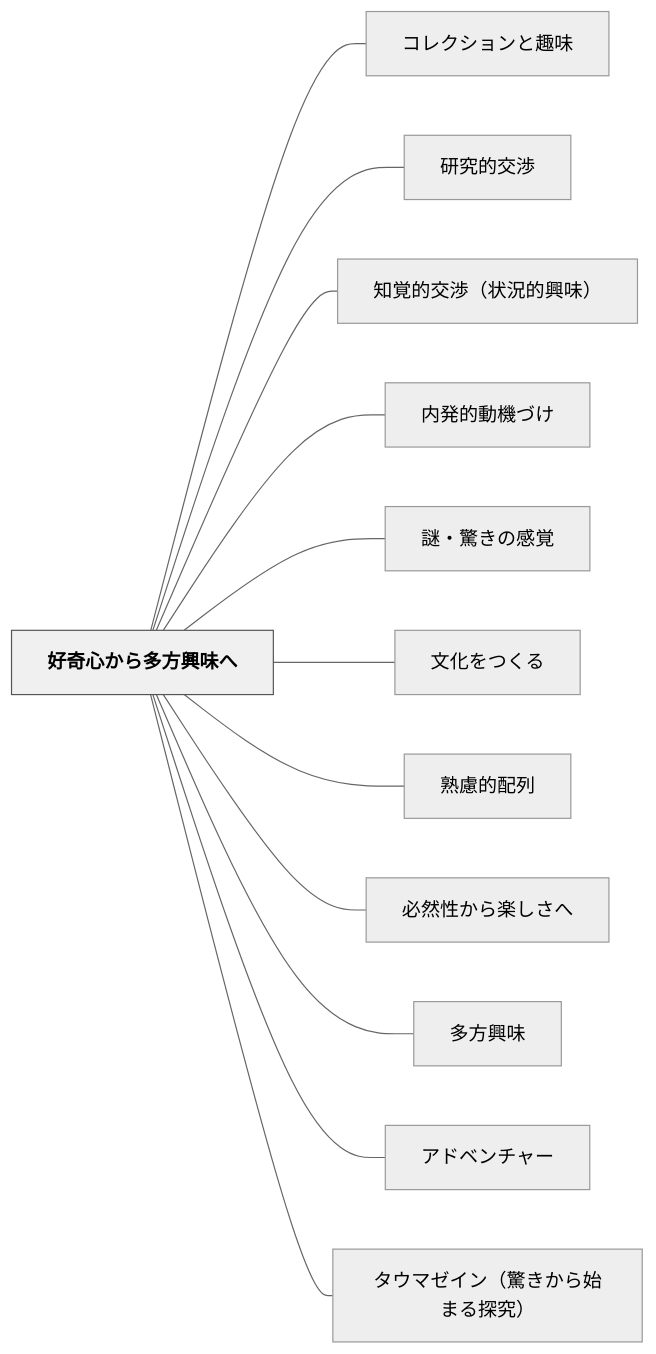
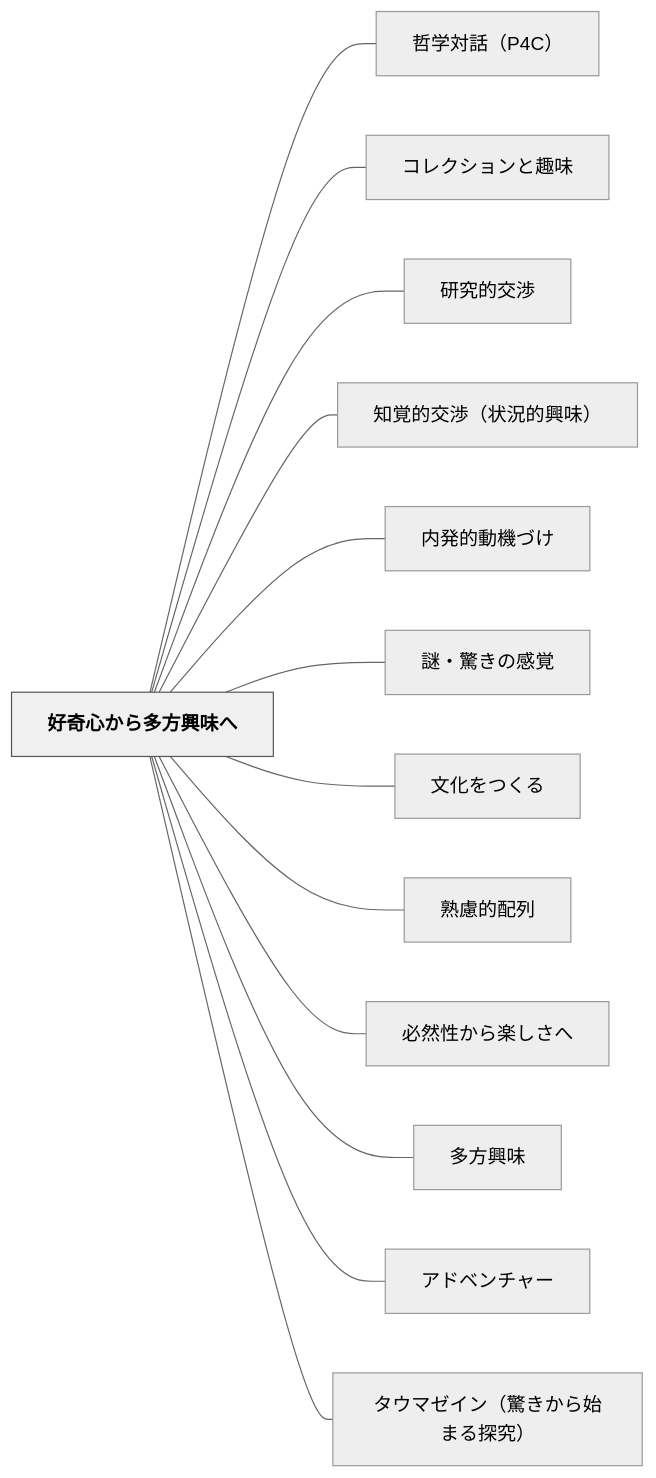
Before and after one commit to unknownthings-ed-patterns/unknownthings-ed-patterns: the diagram in content/パタン/好奇心から多方興味へ.md, drawn with Mermaid (neutral theme). The commit also changed other lines of this file and 185 other files, not shown here.

````diff
--- a/content/パタン/好奇心から多方興味へ.md
+++ b/content/パタン/好奇心から多方興味へ.md
@@ -74,30 +74,32 @@
 ```mermaid
 flowchart LR
     ne5a5bde5a587e5bf83e3818be38289e5a49ae696b9e88888e591b3e381b8["好奇心から多方興味へ"]
+    ne593b2e5ada6e5afbee8a9b1efbc88503443efbc89["哲学対話（P4C）"]
     ne382b3e383ace382afe382b7e383a7e383b3e381a8e8b6a3e591b3["コレクションと趣味"]
     ne7a094e7a9b6e79a84e4baa4e6b889["研究的交渉"]
     ne79fa5e8a69ae79a84e4baa4e6b889efbc88e78ab6e6b381e79a84e88888e591b3efbc89["知覚的交渉（状況的興味）"]
     ne58685e799bae79a84e58b95e6a99fe381a5e38191["内発的動機づけ"]
     ne8ac8ee383bbe9a99ae3818de381aee6849fe8a69a["謎・驚きの感覚"]
     ne69687e58c96e38292e381a4e3818fe3828b["文化をつくる"]
     ne7869fe685aee79a84e9858de58897["熟慮的配列"]
     ne5bf85e784b6e680a7e3818be38289e6a5bde38197e38195e381b8["必然性から楽しさへ"]
     ne5a49ae696b9e88888e591b3["多方興味"]
     ne382a2e38389e38399e383b3e38381e383a3e383bc["アドベンチャー"]
     ne382bfe382a6e3839ee382bce382a4e383b3efbc88e9a99ae3818de3818be38289e5a78be381bee3828be68ea2e7a9b6efbc89["タウマゼイン（驚きから始まる探究）"]
 
+    ne5a5bde5a587e5bf83e3818be38289e5a49ae696b9e88888e591b3e381b8 --- ne593b2e5ada6e5afbee8a9b1efbc88503443efbc89
     ne5a5bde5a587e5bf83e3818be38289e5a49ae696b9e88888e591b3e381b8 --- ne382b3e383ace382afe382b7e383a7e383b3e381a8e8b6a3e591b3
     ne5a5bde5a587e5bf83e3818be38289e5a49ae696b9e88888e591b3e381b8 --- ne7a094e7a9b6e79a84e4baa4e6b889
     ne5a5bde5a587e5bf83e3818be38289e5a49ae696b9e88888e591b3e381b8 --- ne79fa5e8a69ae79a84e4baa4e6b889efbc88e78ab6e6b381e79a84e88888e591b3efbc89
     ne5a5bde5a587e5bf83e3818be38289e5a49ae696b9e88888e591b3e381b8 --- ne58685e799bae79a84e58b95e6a99fe381a5e38191
     ne5a5bde5a587e5bf83e3818be38289e5a49ae696b9e88888e591b3e381b8 --- ne8ac8ee383bbe9a99ae3818de381aee6849fe8a69a
     ne5a5bde5a587e5bf83e3818be38289e5a49ae696b9e88888e591b3e381b8 --- ne69687e58c96e38292e381a4e3818fe3828b
     ne5a5bde5a587e5bf83e3818be38289e5a49ae696b9e88888e591b3e381b8 --- ne7869fe685aee79a84e9858de58897
     ne5a5bde5a587e5bf83e3818be38289e5a49ae696b9e88888e591b3e381b8 --- ne5bf85e784b6e680a7e3818be38289e6a5bde38197e38195e381b8
     ne5a5bde5a587e5bf83e3818be38289e5a49ae696b9e88888e591b3e381b8 --- ne5a49ae696b9e88888e591b3
     ne5a5bde5a587e5bf83e3818be38289e5a49ae696b9e88888e591b3e381b8 --- ne382a2e38389e38399e383b3e38381e383a3e383bc
     ne5a5bde5a587e5bf83e3818be38289e5a49ae696b9e88888e591b3e381b8 --- ne382bfe382a6e3839ee382bce382a4e383b3efbc88e9a99ae3818de3818be38289e5a78be381bee3828be68ea2e7a9b6efbc89
 
     classDef hub fill:#f0f0f0,stroke:#555,color:#000,font-weight:bold
     class ne5a5bde5a587e5bf83e3818be38289e5a49ae696b9e88888e591b3e381b8 hub
 ```
````
